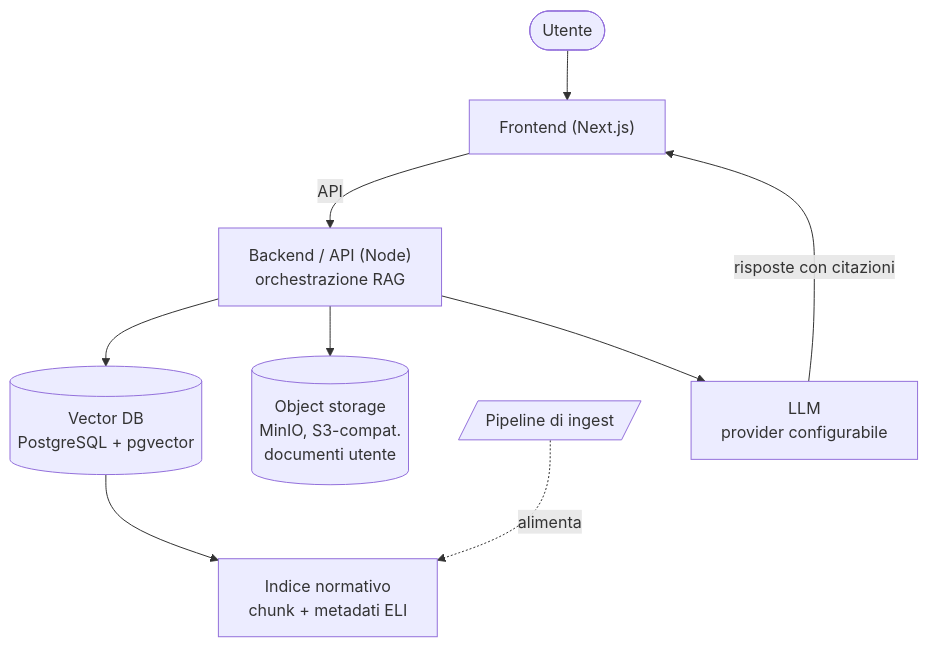
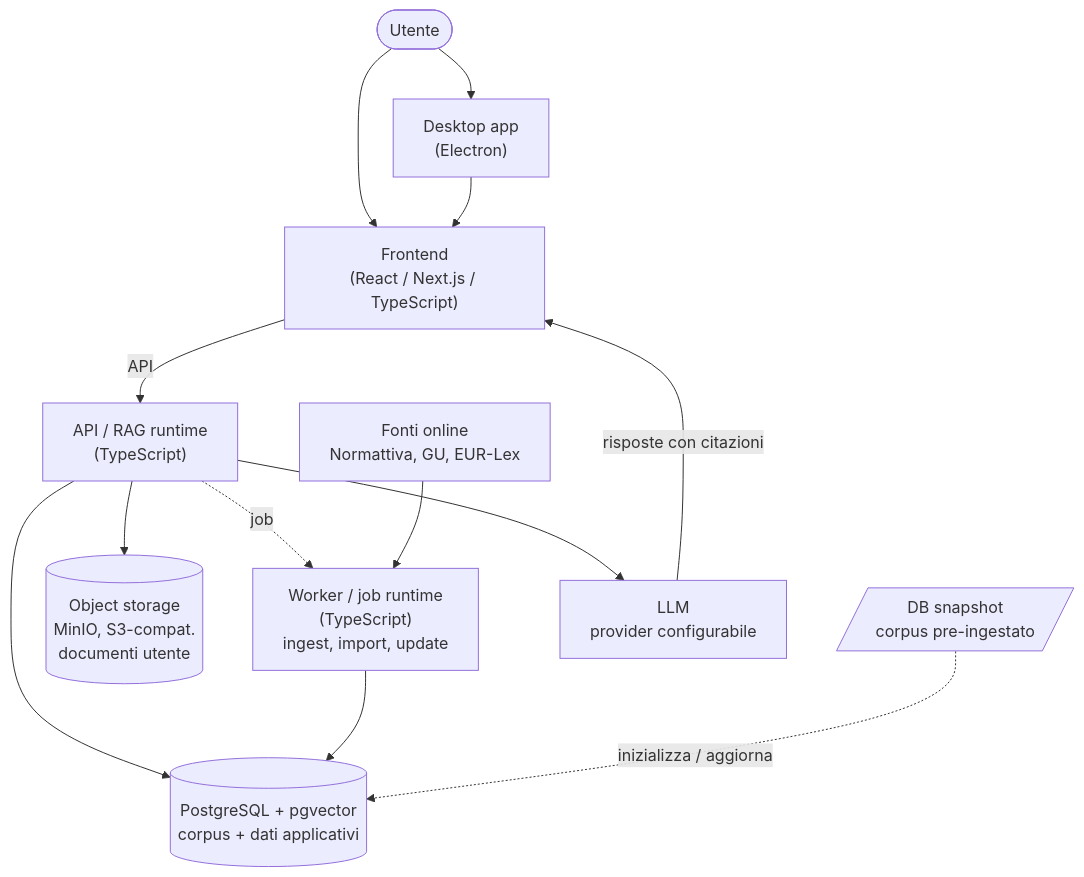
Before and after one commit to mikeminer/magistra: the diagram in knowledge/architettura/index.md, drawn with Mermaid. The commit also changed other lines of this file and 6 other files, not shown here.

Commit message:
docs: define TypeScript-first runtime architecture

````diff
--- a/knowledge/architettura/index.md
+++ b/knowledge/architettura/index.md
@@ -15,20 +15,26 @@
 ```mermaid
 flowchart TD
     Utente(["Utente"])
-    FE["Frontend (Next.js)"]
-    BE["Backend / API (Node)<br/>orchestrazione RAG"]
-    VDB[("Vector DB<br/>PostgreSQL + pgvector")]
+    Desktop["Desktop app<br/>(Electron)"]
+    FE["Frontend<br/>(React / Next.js / TypeScript)"]
+    BE["API / RAG runtime<br/>(TypeScript)"]
+    Worker["Worker / job runtime<br/>(TypeScript)<br/>ingest, import, update"]
+    VDB[("PostgreSQL + pgvector<br/>corpus + dati applicativi")]
     OS[("Object storage<br/>MinIO, S3-compat.<br/>documenti utente")]
-    IDX["Indice normativo<br/>chunk + metadati ELI"]
-    Pipe[/"Pipeline di ingest"/]
+    Snapshot[/"DB snapshot<br/>corpus pre-ingestato"/]
+    Fonti["Fonti online<br/>Normattiva, GU, EUR-Lex"]
     LLM["LLM<br/>provider configurabile"]
 
+    Utente --> Desktop
     Utente --> FE
+    Desktop --> FE
     FE -->|API| BE
     BE --> VDB
     BE --> OS
-    VDB --> IDX
-    Pipe -. alimenta .-> IDX
+    BE -. job .-> Worker
+    Worker --> VDB
+    Fonti --> Worker
+    Snapshot -. inizializza / aggiorna .-> VDB
     BE --> LLM
     LLM -->|risposte con citazioni| FE
 ```
````
